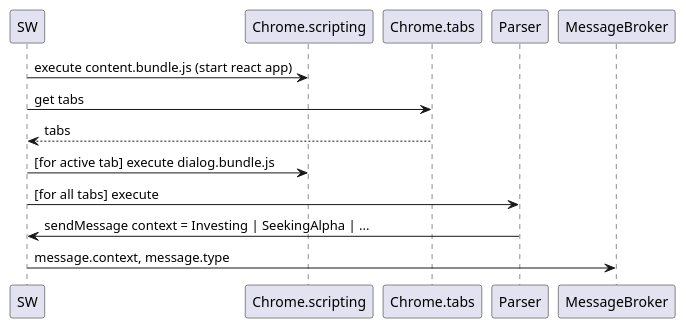
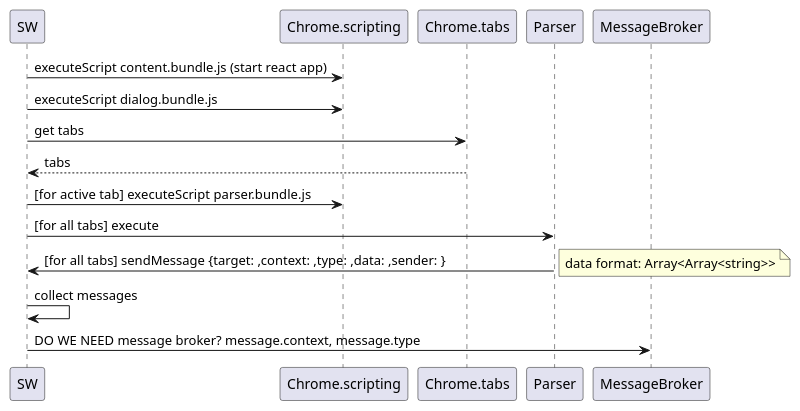
The diagram in interactions.plantuml (Beltchikov/npv-ext), drawn with PlantUML before and after one commit. The commit also changed 6 other files, not shown here.

```diff
--- a/interactions.plantuml
+++ b/interactions.plantuml
@@ -1,13 +1,19 @@
 @startuml interactions
-SW -> Chrome.scripting: execute content.bundle.js (start react app)
+SW -> Chrome.scripting: executeScript content.bundle.js (start react app)
+SW -> Chrome.scripting: executeScript dialog.bundle.js 
 SW -> Chrome.tabs: get tabs
 Chrome.tabs --> SW: tabs
 
-SW -> Chrome.scripting: [for active tab] execute dialog.bundle.js
+SW -> Chrome.scripting: [for active tab] executeScript parser.bundle.js
 
 SW -> Parser: [for all tabs] execute
-Parser -> SW: sendMessage context = Investing | SeekingAlpha | ...
+Parser -> SW: [for all tabs] sendMessage {target: ,context: ,type: ,data: ,sender: }
+note right
+  data format: Array<Array<string>>
+end note
 
-SW -> MessageBroker: message.context, message.type
+SW -> SW: collect messages
+
+SW -> MessageBroker: DO WE NEED message broker? message.context, message.type
 
 @enduml
```
